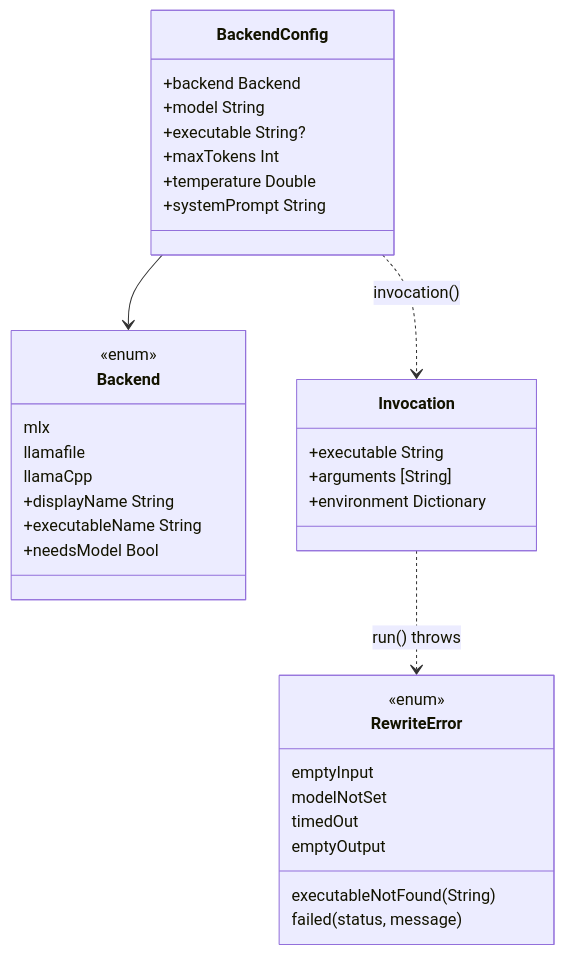
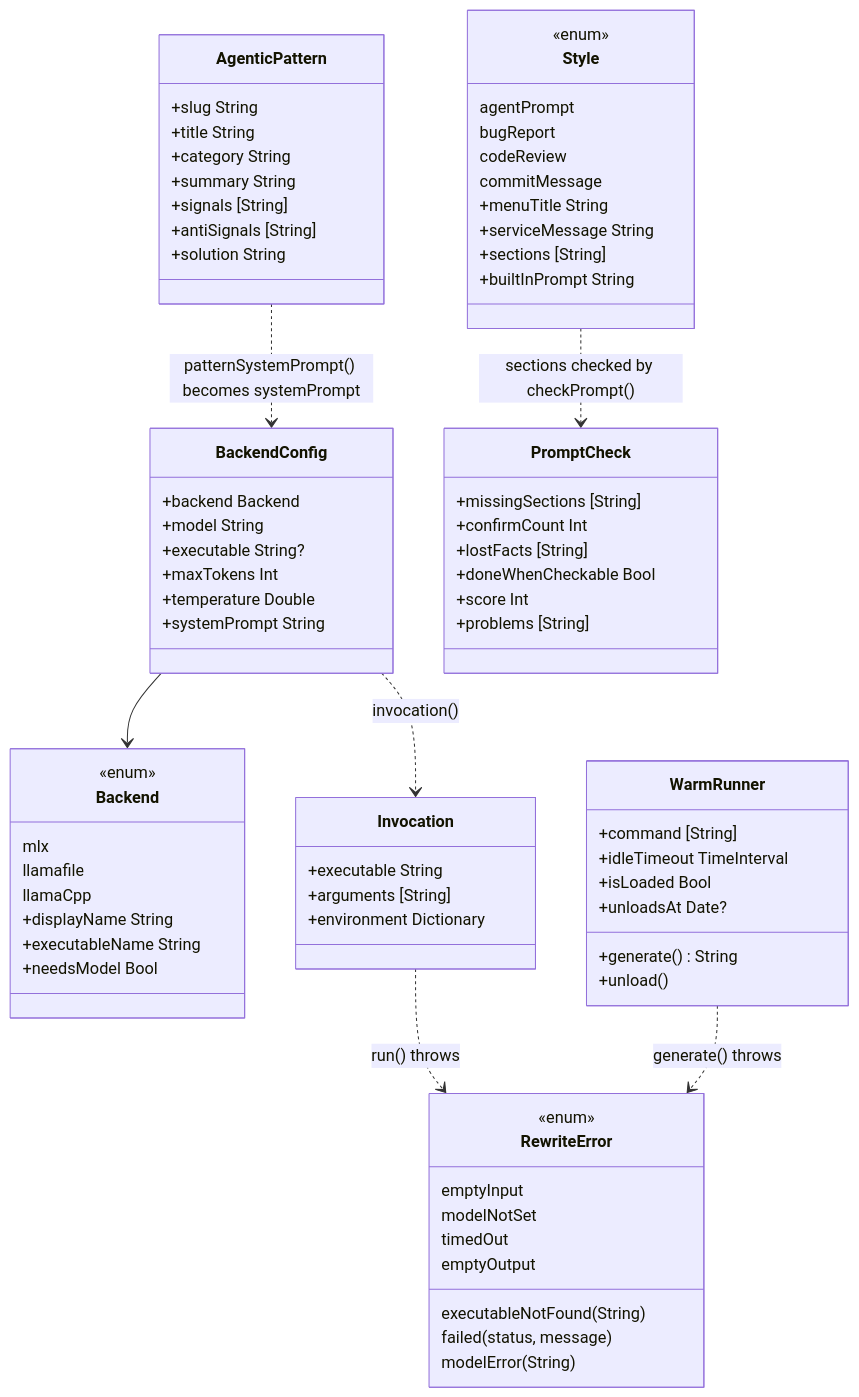
The second of 2 diagrams in docs/ARCHITECTURE.md (jdgiles26/prompt-menu), drawn with Mermaid before and after one commit. The commit also changed other lines of this file and 8 other files, not shown here.

````diff
--- a/docs/ARCHITECTURE.md
+++ b/docs/ARCHITECTURE.md
@@ -62,37 +81,77 @@
 ```mermaid
 classDiagram
     class Backend {
         <<enum>>
         mlx
         llamafile
         llamaCpp
         +displayName String
         +executableName String
         +needsModel Bool
     }
     class BackendConfig {
         +backend Backend
         +model String
         +executable String?
         +maxTokens Int
         +temperature Double
         +systemPrompt String
     }
     class Invocation {
         +executable String
         +arguments [String]
         +environment Dictionary
     }
     class RewriteError {
         <<enum>>
         emptyInput
         executableNotFound(String)
         modelNotSet
         failed(status, message)
         timedOut
         emptyOutput
+        modelError(String)
+    }
+    class Style {
+        <<enum>>
+        agentPrompt
+        bugReport
+        codeReview
+        commitMessage
+        +menuTitle String
+        +serviceMessage String
+        +sections [String]
+        +builtInPrompt String
+    }
+    class WarmRunner {
+        +command [String]
+        +idleTimeout TimeInterval
+        +isLoaded Bool
+        +unloadsAt Date?
+        +generate() String
+        +unload()
+    }
+    class PromptCheck {
+        +missingSections [String]
+        +confirmCount Int
+        +lostFacts [String]
+        +doneWhenCheckable Bool
+        +score Int
+        +problems [String]
+    }
+    class AgenticPattern {
+        +slug String
+        +title String
+        +category String
+        +summary String
+        +signals [String]
+        +antiSignals [String]
+        +solution String
     }
     BackendConfig --> Backend
     BackendConfig ..> Invocation : invocation()
     Invocation ..> RewriteError : run() throws
+    WarmRunner ..> RewriteError : generate() throws
+    Style ..> PromptCheck : sections checked by checkPrompt()
+    AgenticPattern ..> BackendConfig : patternSystemPrompt() becomes systemPrompt
 ```
````
